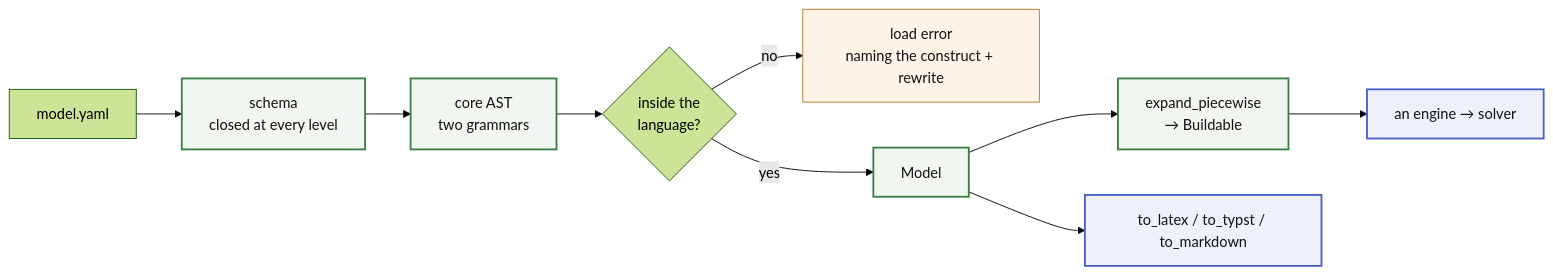
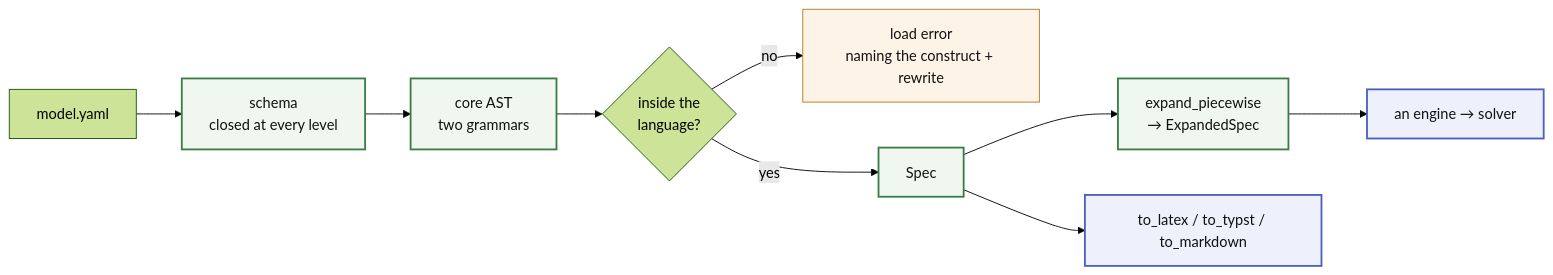
One commit to energy-models/math-spec changed the diagram in README.md. Above: the diagram before and after it, drawn with Mermaid (forest theme). The commit also changed other lines of this file and 30 other files, not shown here.

````diff
--- a/README.md
+++ b/README.md
@@ -50,18 +50,18 @@
 ```mermaid
 flowchart LR
     Y["model.yaml"] --> S["schema<br/>closed at every level"]
     S --> AST["core AST<br/>two grammars"]
     AST --> Q{"inside the<br/>language?"}
     Q -->|"no"| ERR["load error<br/>naming the construct + rewrite"]
-    Q -->|"yes"| M["Model"]
-    M --> B["expand_piecewise<br/>→ Buildable"]
+    Q -->|"yes"| M["Spec"]
+    M --> B["expand_piecewise<br/>→ ExpandedSpec"]
     B --> ENG["an engine → solver"]
     M --> T["to_latex / to_typst / to_markdown"]
 
     classDef spec fill:#f0f7f0,stroke:#3a7d44,stroke-width:2px,color:#111
     classDef consumer fill:#eef1fb,stroke:#4a5fc1,stroke-width:2px,color:#111
     classDef err fill:#fdf3e7,stroke:#b7791f,color:#111
     class S,AST,M,B spec
     class ENG,T consumer
     class ERR err
 ```
````
